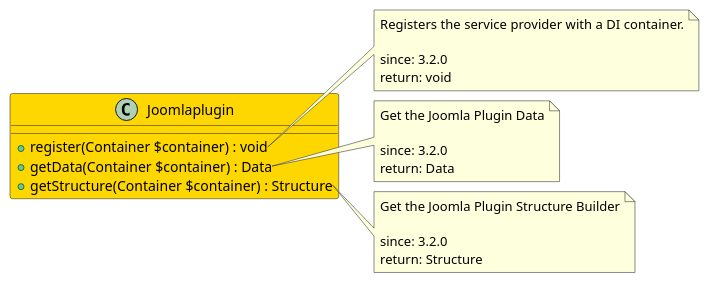
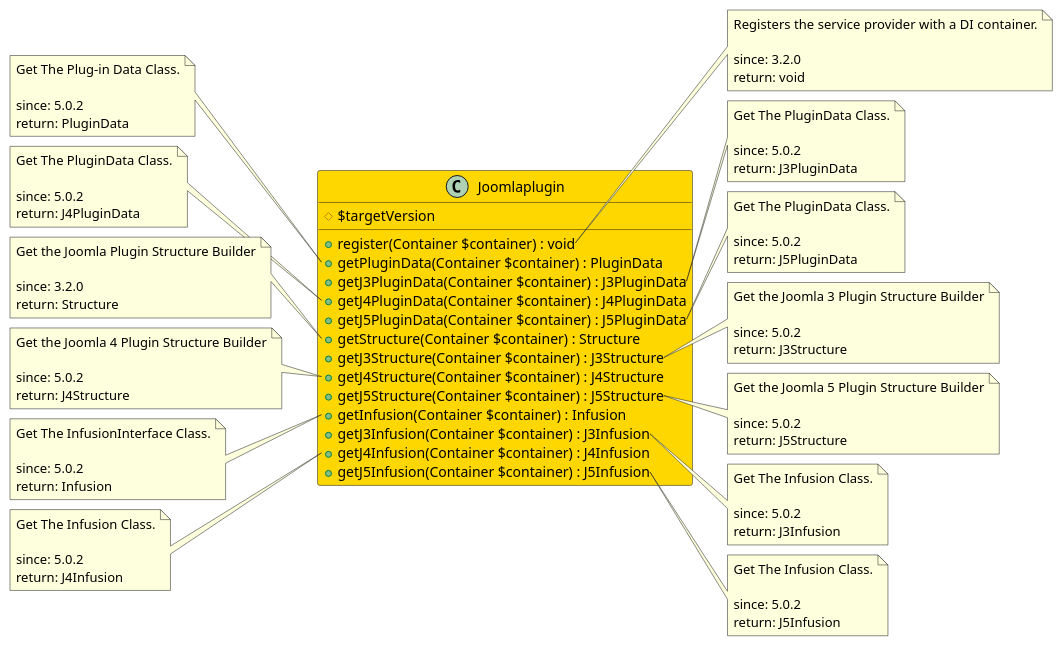
One commit to joomengine/jcb-compiler changed the diagram in src/9eba241c-af90-42dd-ae05-92ff4d8391d3/README.md. Above: the diagram before and after it, drawn with PlantUML. The commit also changed 213 other files, not shown here.

````diff
--- a/src/9eba241c-af90-42dd-ae05-92ff4d8391d3/README.md
+++ b/src/9eba241c-af90-42dd-ae05-92ff4d8391d3/README.md
@@ -12,9 +12,20 @@
 ```uml
 @startuml
 class Joomlaplugin  #Gold {
+  # $targetVersion
   + register(Container $container) : void
-  + getData(Container $container) : Data
+  + getPluginData(Container $container) : PluginData
+  + getJ3PluginData(Container $container) : J3PluginData
+  + getJ4PluginData(Container $container) : J4PluginData
+  + getJ5PluginData(Container $container) : J5PluginData
   + getStructure(Container $container) : Structure
+  + getJ3Structure(Container $container) : J3Structure
+  + getJ4Structure(Container $container) : J4Structure
+  + getJ5Structure(Container $container) : J5Structure
+  + getInfusion(Container $container) : Infusion
+  + getJ3Infusion(Container $container) : J3Infusion
+  + getJ4Infusion(Container $container) : J4Infusion
+  + getJ5Infusion(Container $container) : J5Infusion
 }
 
 note right of Joomlaplugin::register
@@ -24,19 +35,89 @@
   return: void
 end note
 
-note right of Joomlaplugin::getData
-  Get the Joomla Plugin Data
+note left of Joomlaplugin::getPluginData
+  Get The Plug-in Data Class.
 
-  since: 3.2.0
-  return: Data
+  since: 5.0.2
+  return: PluginData
 end note
 
-note right of Joomlaplugin::getStructure
+note right of Joomlaplugin::getJ3PluginData
+  Get The PluginData Class.
+
+  since: 5.0.2
+  return: J3PluginData
+end note
+
+note left of Joomlaplugin::getJ4PluginData
+  Get The PluginData Class.
+
+  since: 5.0.2
+  return: J4PluginData
+end note
+
+note right of Joomlaplugin::getJ5PluginData
+  Get The PluginData Class.
+
+  since: 5.0.2
+  return: J5PluginData
+end note
+
+note left of Joomlaplugin::getStructure
   Get the Joomla Plugin Structure Builder
 
   since: 3.2.0
   return: Structure
 end note
+
+note right of Joomlaplugin::getJ3Structure
+  Get the Joomla 3 Plugin Structure Builder
+
+  since: 5.0.2
+  return: J3Structure
+end note
+
+note left of Joomlaplugin::getJ4Structure
+  Get the Joomla 4 Plugin Structure Builder
+
+  since: 5.0.2
+  return: J4Structure
+end note
+
+note right of Joomlaplugin::getJ5Structure
+  Get the Joomla 5 Plugin Structure Builder
+
+  since: 5.0.2
+  return: J5Structure
+end note
+
+note left of Joomlaplugin::getInfusion
+  Get The InfusionInterface Class.
+
+  since: 5.0.2
+  return: Infusion
+end note
+
+note right of Joomlaplugin::getJ3Infusion
+  Get The Infusion Class.
+
+  since: 5.0.2
+  return: J3Infusion
+end note
+
+note left of Joomlaplugin::getJ4Infusion
+  Get The Infusion Class.
+
+  since: 5.0.2
+  return: J4Infusion
+end note
+
+note right of Joomlaplugin::getJ5Infusion
+  Get The Infusion Class.
+
+  since: 5.0.2
+  return: J5Infusion
+end note
  
 @enduml
 ```
````
